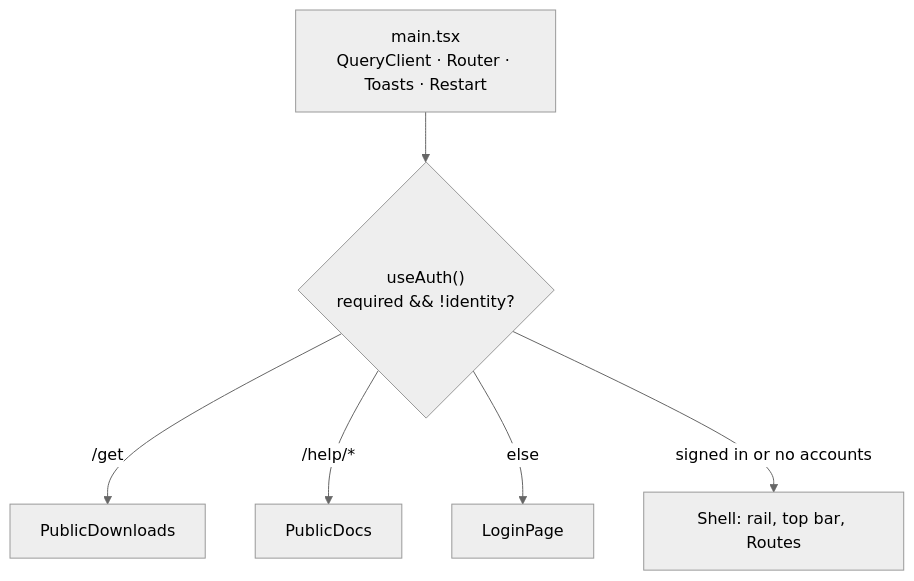
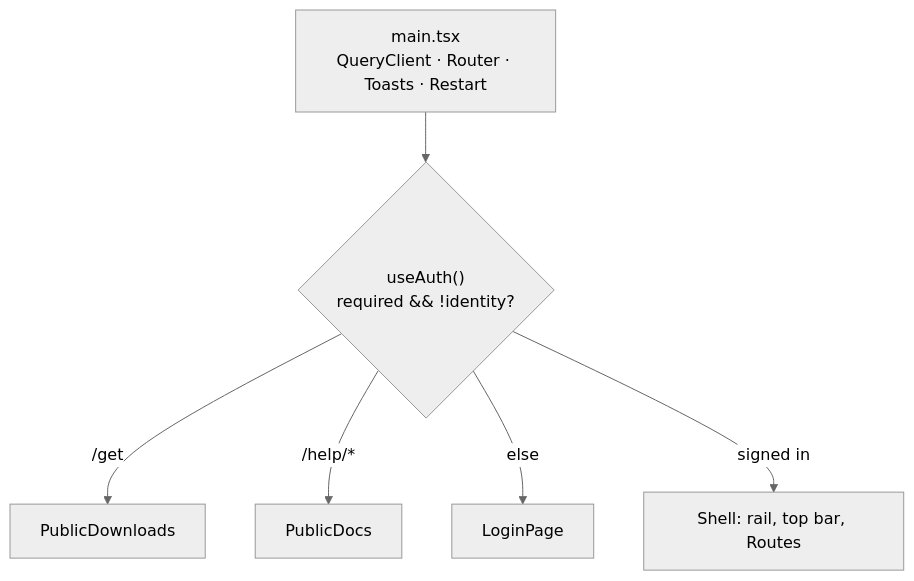
The diagram in .context/console.md (joeyenfield/ai-coding-agent-proxy), drawn with Mermaid (neutral theme) before and after one commit. The commit also changed other lines of this file and 130 other files, not shown here.

````diff
--- a/.context/console.md
+++ b/.context/console.md
@@ -19,9 +19,9 @@
 ```mermaid
 flowchart TB
   main["main.tsx<br/>QueryClient · Router · Toasts · Restart"] --> App
   App{"useAuth()<br/>required && !identity?"}
   App -- "/get" --> PD["PublicDownloads"]
   App -- "/help/*" --> PH["PublicDocs"]
   App -- "else" --> Login["LoginPage"]
-  App -- "signed in or no accounts" --> Shell["Shell: rail, top bar, Routes"]
+  App -- "signed in" --> Shell["Shell: rail, top bar, Routes"]
 ```
````
